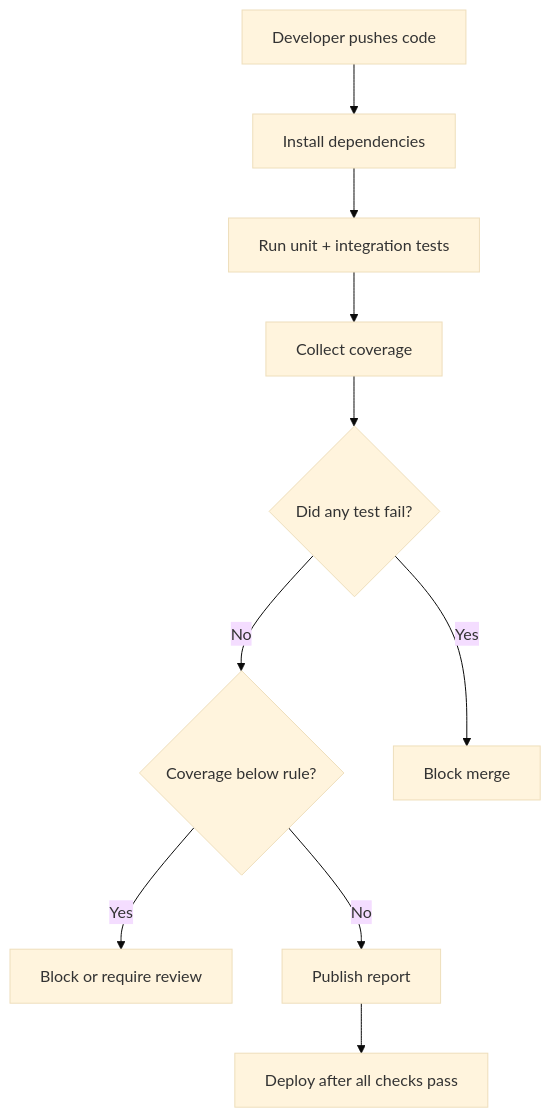
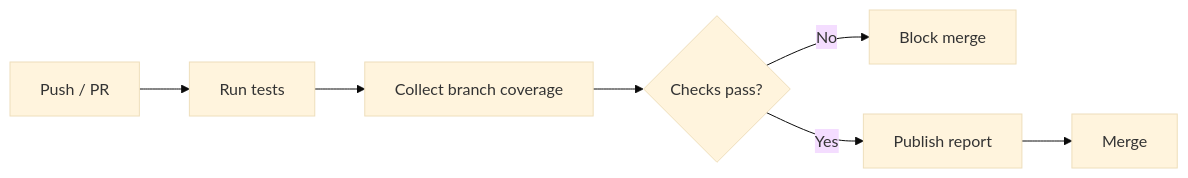
Before and after one commit to AvadhBhalodiya/Interview-Preparation: the seventh of 7 diagrams in src/content/testing/test-coverage-good-tests.md, drawn with Mermaid (base theme). The commit also changed other lines of this file and 54 other files, not shown here.

````diff
--- a/src/content/testing/test-coverage-good-tests.md
+++ b/src/content/testing/test-coverage-good-tests.md
@@ -1470,19 +617,9 @@
 ```mermaid
-flowchart TD
-    PUSH[Developer pushes code]
-    INSTALL[Install dependencies]
-    RUN["Run unit + integration tests"]
-    COLLECT[Collect coverage]
-    FAILED{Did any test fail?}
-    BELOW{Coverage below rule?}
-    BLOCK[Block merge]
-    REVIEW[Block or require review]
-    REPORT[Publish report]
-    DEPLOY[Deploy after all checks pass]
-
-    PUSH --> INSTALL --> RUN --> COLLECT --> FAILED
-    FAILED -- Yes --> BLOCK
-    FAILED -- No --> BELOW
-    BELOW -- Yes --> REVIEW
-    BELOW -- No --> REPORT --> DEPLOY
+flowchart LR
+    PUSH[Push / PR] --> TEST[Run tests]
+    TEST --> COV[Collect branch coverage]
+    COV --> CHECK{Checks pass?}
+    CHECK -- No --> BLOCK[Block merge]
+    CHECK -- Yes --> REPORT[Publish report]
+    REPORT --> MERGE[Merge]
 ```
````
